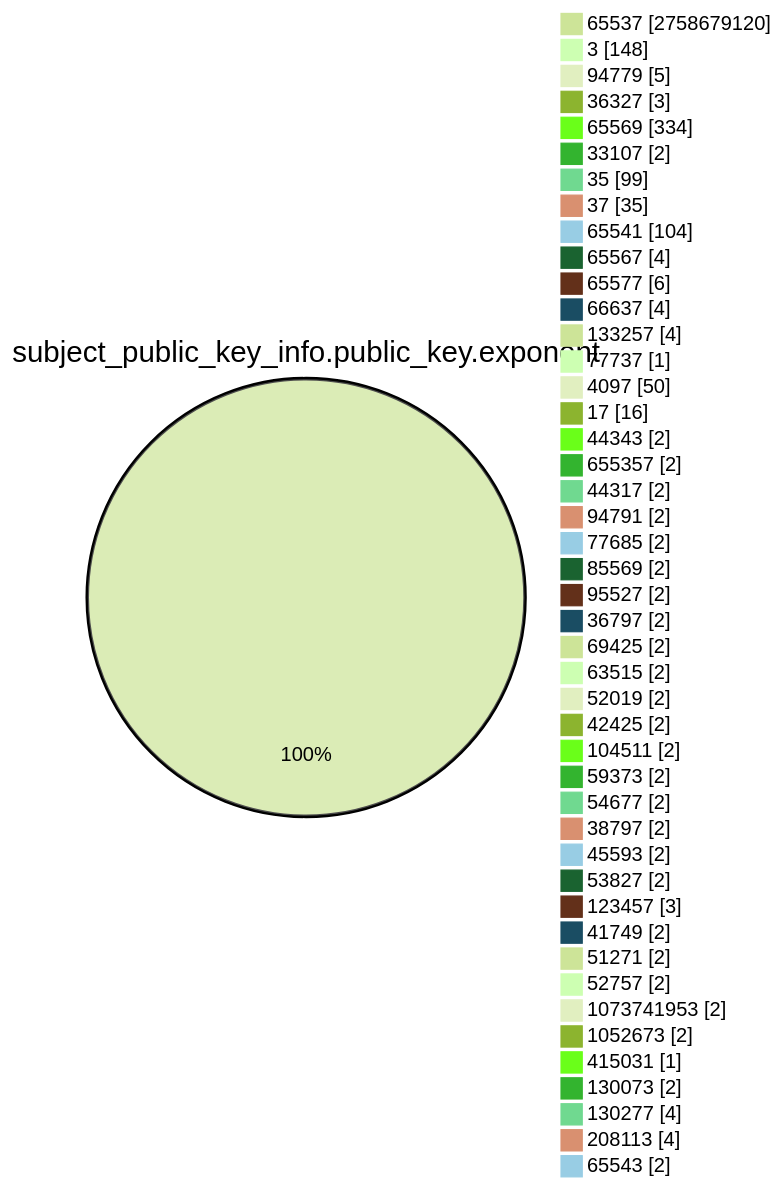
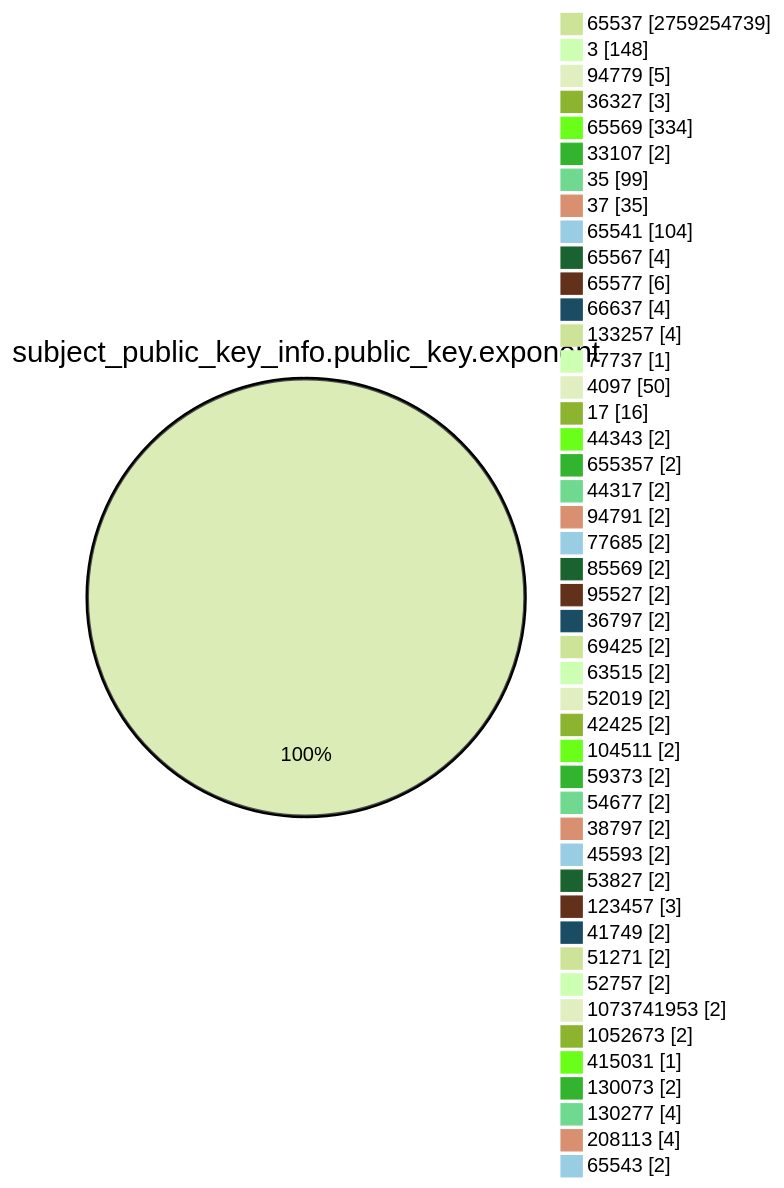
Before and after one commit to christiankrug/ctmonitor_visualization: the fourth of 15 diagrams in TOTAL/README.md, drawn with Mermaid (forest theme). The commit also changed other lines of this file, not shown here.

````diff
--- a/TOTAL/README.md
+++ b/TOTAL/README.md
@@ -1467,49 +1467,49 @@
 ```mermaid
 pie showData
 title subject_public_key_info.public_key.exponent
-"65537" :2758679120
+"65537" :2759254739
 "3" :148
 "94779" :5
 "36327" :3
 "65569" :334
 "33107" :2
 "35" :99
 "37" :35
 "65541" :104
 "65567" :4
 "65577" :6
 "66637" :4
 "133257" :4
 "77737" :1
 "4097" :50
 "17" :16
 "44343" :2
 "655357" :2
 "44317" :2
 "94791" :2
 "77685" :2
 "85569" :2
 "95527" :2
 "36797" :2
 "69425" :2
 "63515" :2
 "52019" :2
 "42425" :2
 "104511" :2
 "59373" :2
 "54677" :2
 "38797" :2
 "45593" :2
 "53827" :2
 "123457" :3
 "41749" :2
 "51271" :2
 "52757" :2
 "1073741953" :2
 "1052673" :2
 "415031" :1
 "130073" :2
 "130277" :4
 "208113" :4
 "65543" :2
 ```
````
